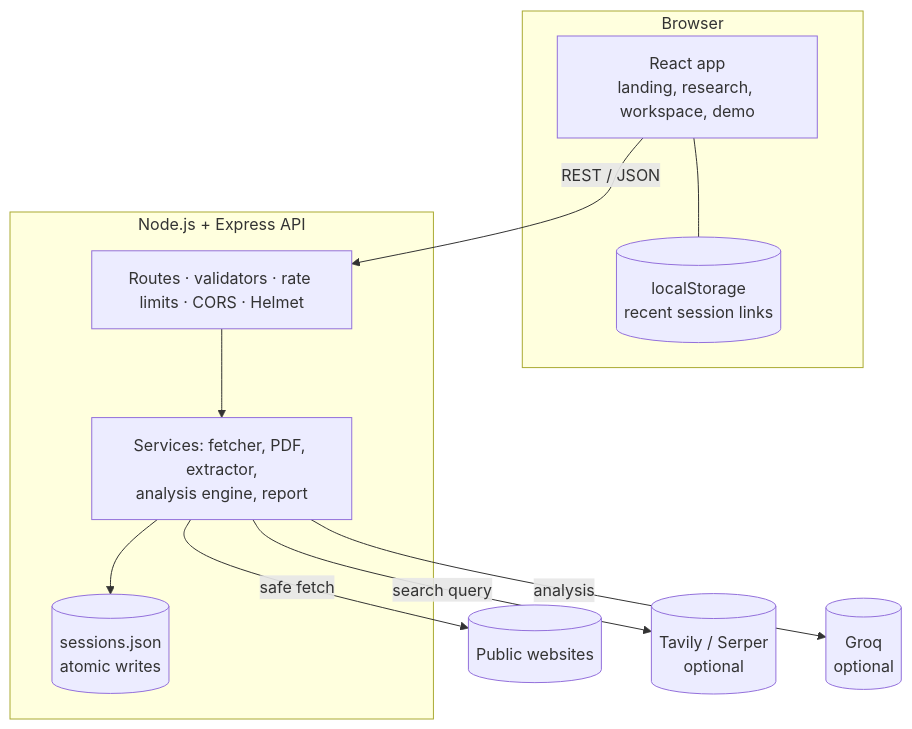
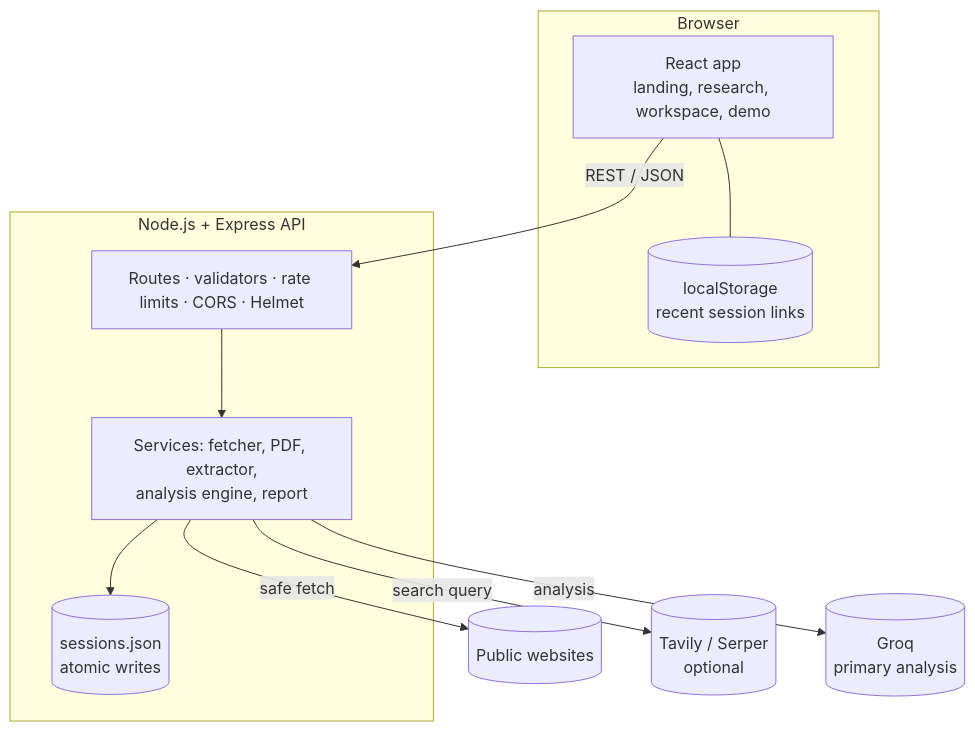
One commit to RiteshKumar2e/DIGITAL-DARK-SPOT changed the second of 2 diagrams in README.md. Above: the diagram before and after it, drawn with Mermaid. The commit also changed other lines of this file and 19 other files, not shown here.

First line of the commit message:
feat: Implement AI analysis as primary method with fallback to rule engine

````diff
--- a/README.md
+++ b/README.md
@@ -158,21 +161,21 @@
 ```mermaid
 flowchart TB
     subgraph Browser
         UI[React app<br/>landing, research, workspace, demo]
         LS[(localStorage<br/>recent session links)]
     end
     subgraph Server[Node.js + Express API]
         R[Routes · validators · rate limits · CORS · Helmet]
         S[Services: fetcher, PDF, extractor,<br/>analysis engine, report]
         DB[(sessions.json<br/>atomic writes)]
     end
     W[(Public websites)]
     T[(Tavily / Serper<br/>optional)]
-    G[(Groq<br/>optional)]
+    G[(Groq<br/>primary analysis)]
 
     UI -- REST / JSON --> R --> S --> DB
     S -- safe fetch --> W
     S -- search query --> T
     S -- analysis --> G
     UI --- LS
 ```
````
